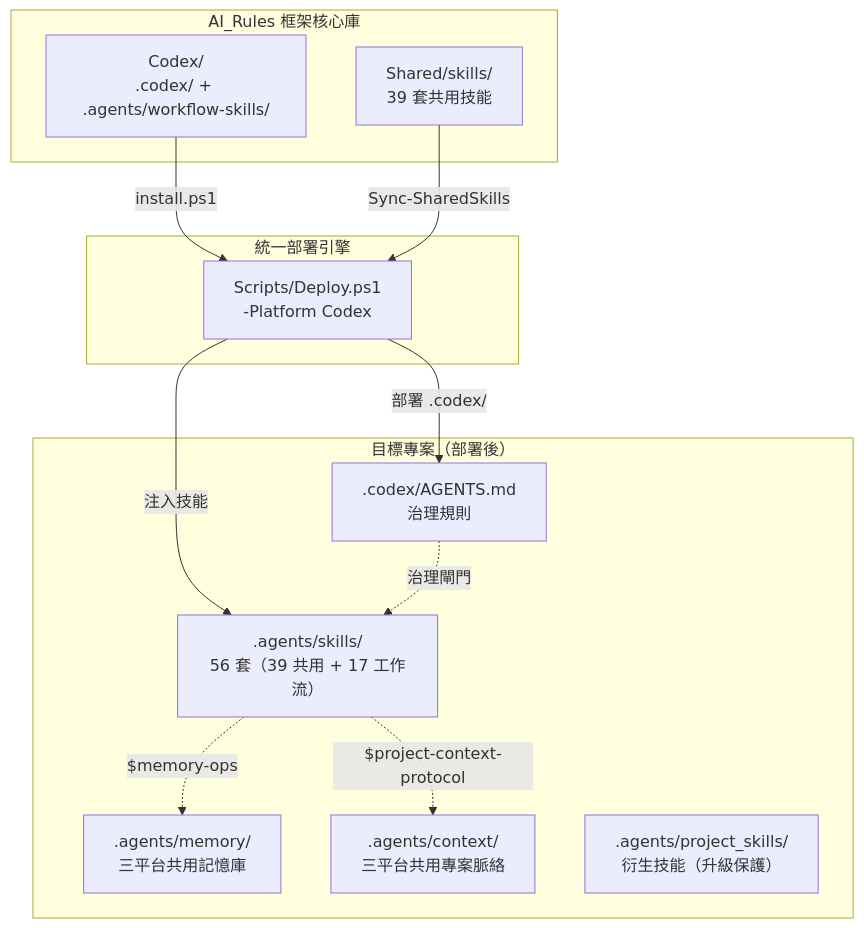
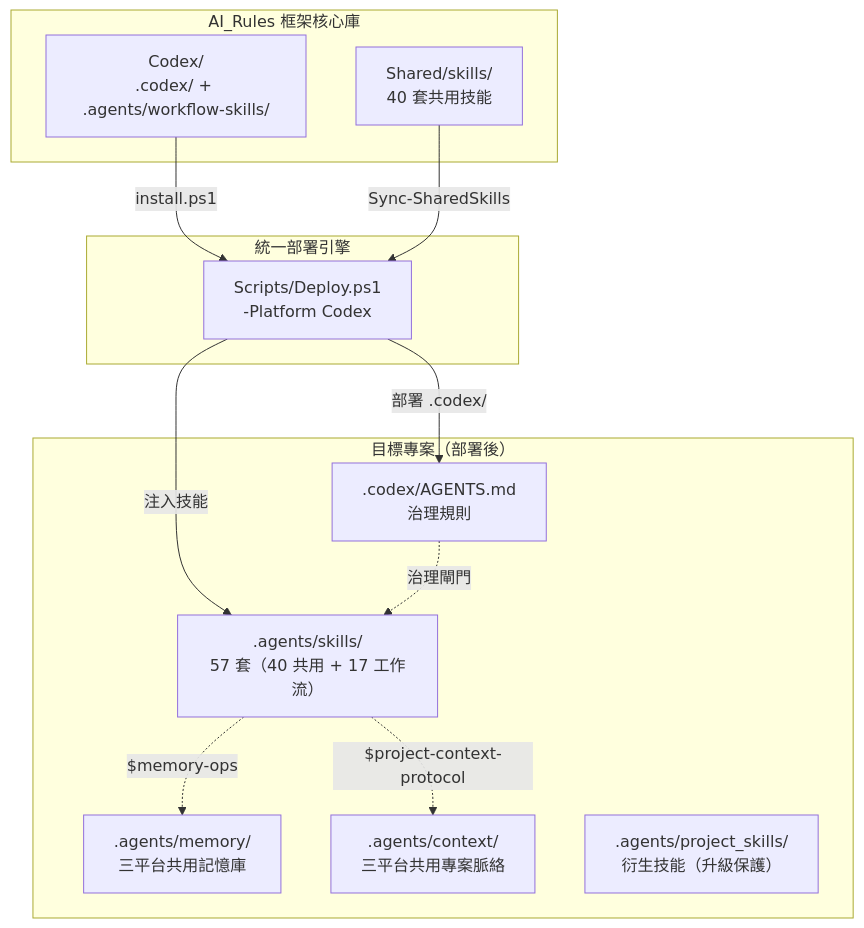
The first of 2 diagrams in Codex/README.md (Kunshao1117/AI_Rules), drawn with Mermaid before and after one commit. The commit also changed other lines of this file and 18 other files, not shown here.

````diff
--- a/Codex/README.md
+++ b/Codex/README.md
@@ -77,27 +77,27 @@
 ```mermaid
 graph TB
     subgraph "AI_Rules 框架核心庫"
         SRC["Codex/<br/>.codex/ + .agents/workflow-skills/"]
-        SH["Shared/skills/<br/>39 套共用技能"]
+        SH["Shared/skills/<br/>40 套共用技能"]
     end
 
     subgraph "統一部署引擎"
         DEPLOY["Scripts/Deploy.ps1<br/>-Platform Codex"]
     end
 
     subgraph "目標專案（部署後）"
         CODEX[".codex/AGENTS.md<br/>治理規則"]
-        SKILLS[".agents/skills/<br/>56 套（39 共用 + 17 工作流）"]
+        SKILLS[".agents/skills/<br/>57 套（40 共用 + 17 工作流）"]
         MEM[".agents/memory/<br/>三平台共用記憶庫"]
         CTX[".agents/context/<br/>三平台共用專案脈絡"]
         PROJ[".agents/project_skills/<br/>衍生技能（升級保護）"]
     end
 
     SRC -->|"install.ps1"| DEPLOY
     SH -->|"Sync-SharedSkills"| DEPLOY
     DEPLOY -->|"部署 .codex/"| CODEX
     DEPLOY -->|"注入技能"| SKILLS
     SKILLS -.->|"$memory-ops"| MEM
     SKILLS -.->|"$project-context-protocol"| CTX
     CODEX -.->|"治理閘門"| SKILLS
 ```
````
